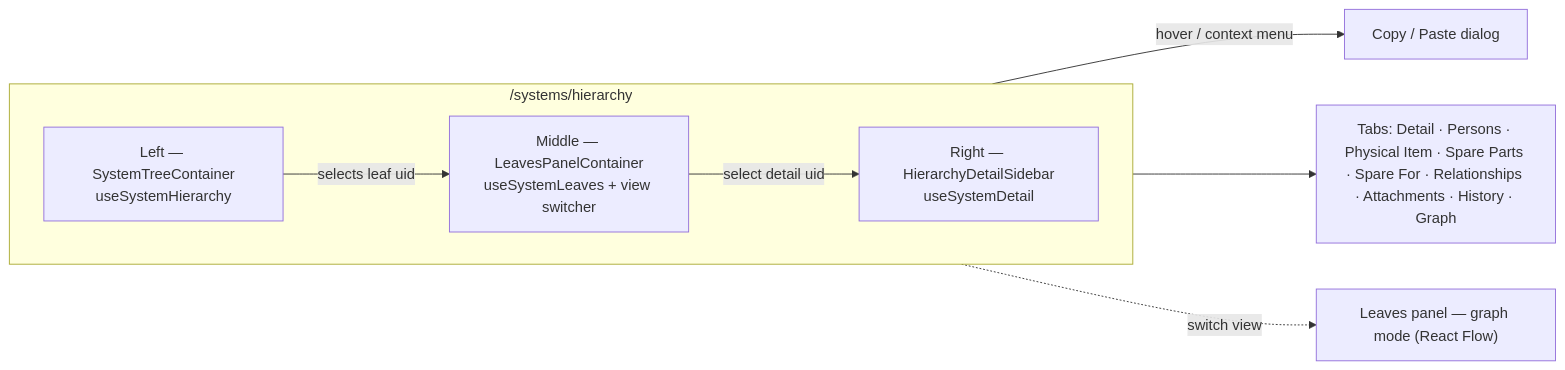
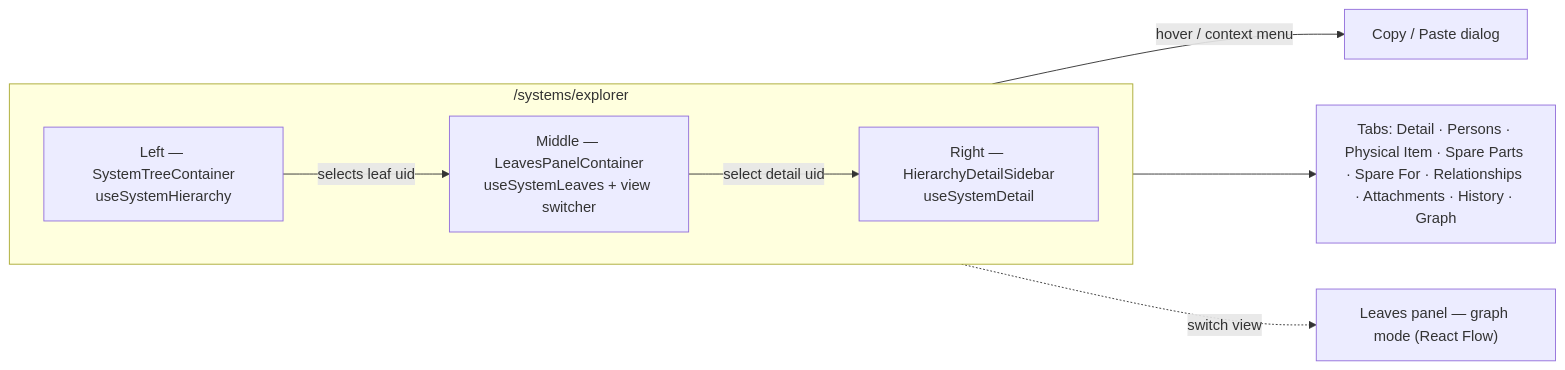
Before and after one commit to eli-eric/ELI-panda: the diagram in docs/technical/systems-family/system-hierarchy.md, drawn with Mermaid. The commit also changed other lines of this file and 15 other files, not shown here.

First line of the commit message:
docs(systems): REST edit path, soft lock, Edit System sheet, Systems Explorer

````diff
--- a/docs/technical/systems-family/system-hierarchy.md
+++ b/docs/technical/systems-family/system-hierarchy.md
@@ -58,15 +46,15 @@
 ```mermaid
 flowchart LR
-    subgraph Page["/systems/hierarchy"]
+    subgraph Page["/systems/explorer"]
         direction LR
         Tree["Left — SystemTreeContainer\nuseSystemHierarchy"]
         Middle["Middle — LeavesPanelContainer\nuseSystemLeaves + view switcher"]
         Side["Right — HierarchyDetailSidebar\nuseSystemDetail"]
     end
 
     Tree -->|selects leaf uid| Middle
     Tree -->|hover / context menu| Copy["Copy / Paste dialog"]
     Middle -->|select detail uid| Side
     Side --> Tabs["Tabs: Detail · Persons · Physical Item · Spare Parts · Spare For · Relationships · Attachments · History · Graph"]
     Middle -.->|switch view| Graph["Leaves panel — graph mode (React Flow)"]
 ```
````
